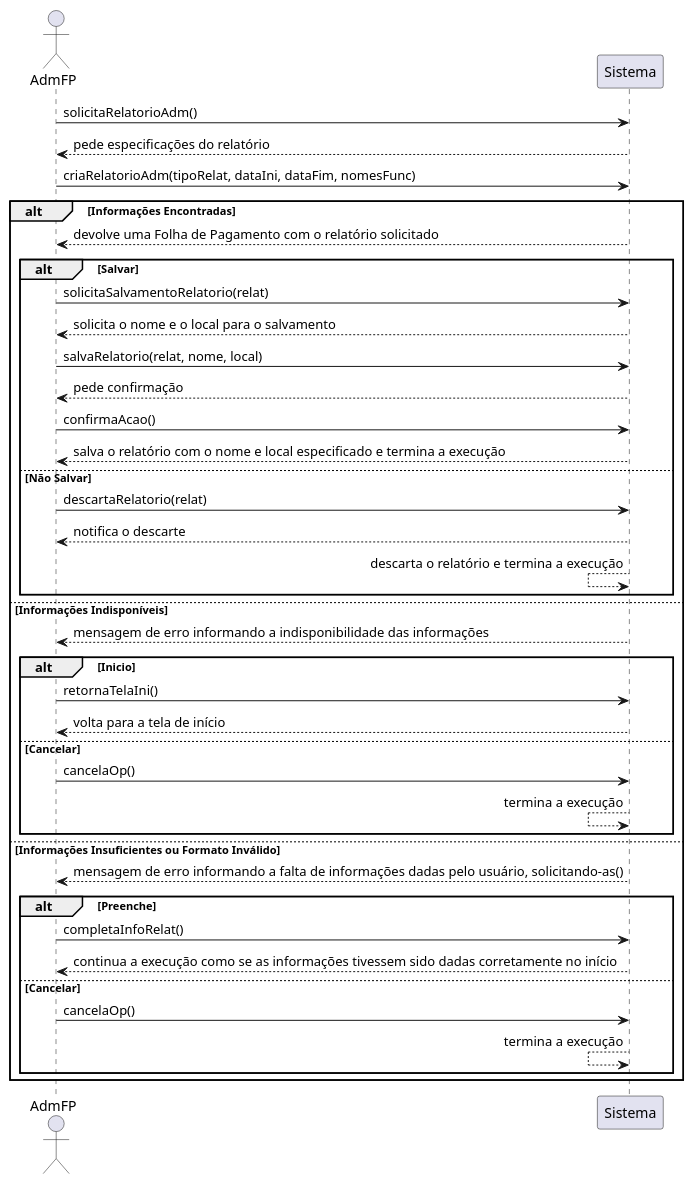
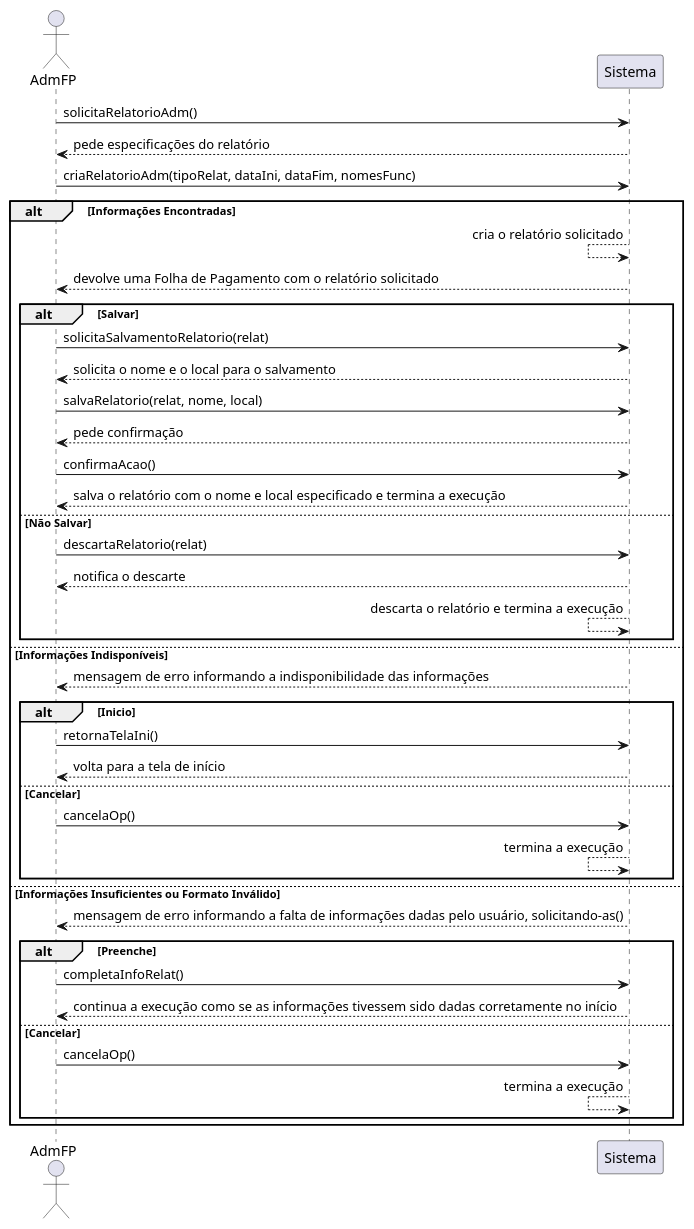
The diagram in casos_de_uso/caso-2/2-DSS.plantuml (tikaradate/CI1163-Design_de_Software), drawn with PlantUML before and after one commit.

Commit message:
att dss 2

```diff
--- a/casos_de_uso/caso-2/2-DSS.plantuml
+++ b/casos_de_uso/caso-2/2-DSS.plantuml
@@ -1,59 +1,60 @@
 @startuml
 Actor AdmFP as AFP
 
 AFP -> Sistema : solicitaRelatorioAdm()
 AFP <-- Sistema : pede especificações do relatório
 AFP -> Sistema : criaRelatorioAdm(tipoRelat, dataIni, dataFim, nomesFunc)
 
 alt Informações Encontradas
 
+    Sistema <-- Sistema : cria o relatório solicitado
     AFP <-- Sistema : devolve uma Folha de Pagamento com o relatório solicitado
     alt Salvar
 
         AFP -> Sistema : solicitaSalvamentoRelatorio(relat)
         AFP <-- Sistema : solicita o nome e o local para o salvamento
         AFP -> Sistema : salvaRelatorio(relat, nome, local)
         AFP <-- Sistema : pede confirmação
         AFP -> Sistema : confirmaAcao()
         AFP <-- Sistema : salva o relatório com o nome e local especificado e termina a execução
 
     else Não Salvar
 
         AFP -> Sistema : descartaRelatorio(relat)
         AFP <-- Sistema : notifica o descarte
         Sistema <-- Sistema : descarta o relatório e termina a execução
 
     end
 
 else Informações Indisponíveis
 
     AFP <-- Sistema : mensagem de erro informando a indisponibilidade das informações
     alt Inicio
 
         AFP -> Sistema : retornaTelaIni()
         AFP <-- Sistema : volta para a tela de início
 
     else Cancelar
 
         AFP -> Sistema : cancelaOp()
         Sistema <-- Sistema : termina a execução
 
     end
 
 else Informações Insuficientes ou Formato Inválido
 
     AFP <-- Sistema : mensagem de erro informando a falta de informações dadas pelo usuário, solicitando-as()
     alt Preenche
 
         AFP -> Sistema : completaInfoRelat()
         AFP <-- Sistema : continua a execução como se as informações tivessem sido dadas corretamente no início
 
     else Cancelar
 
         AFP -> Sistema : cancelaOp()
         Sistema <-- Sistema : termina a execução
 
     end
 
 end
 @enduml
```
